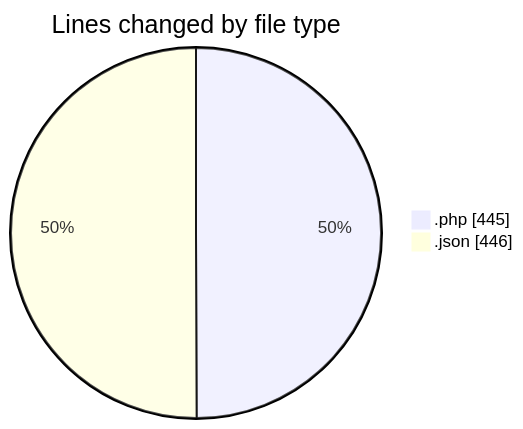
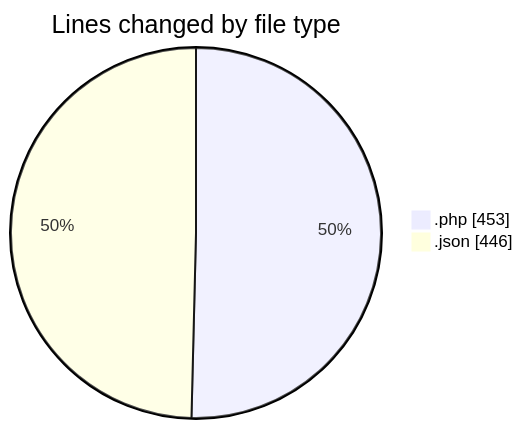
Before and after one commit to idhammustaqopulfikri/code-tracking: the first of 2 diagrams in 2025-03-27/autodidak/README.md, drawn with Mermaid. The commit also changed other lines of this file and 1 other file, not shown here.

````diff
--- a/2025-03-27/autodidak/README.md
+++ b/2025-03-27/autodidak/README.md
@@ -27,6 +27,6 @@
 ```mermaid
 pie showData
 title Lines changed by file type
-".php" : 445
+".php" : 453
 ".json" : 446
 ```
````
